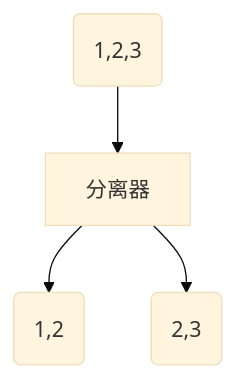
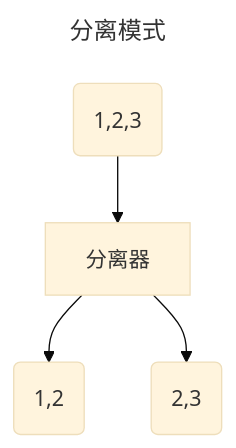
One commit to 0xcaffebabe/note changed the fourth of 17 diagrams in doc/数据技术/数据处理.md. Above: the diagram before and after it, drawn with Mermaid (base theme). The commit also changed other lines of this file, not shown here.

````diff
--- a/doc/数据技术/数据处理.md
+++ b/doc/数据技术/数据处理.md
@@ -76,6 +76,9 @@
 ```mermaid
+---
+title: 分离模式
+---
 flowchart
   数据集(1,2,3) --> 分离器
   分离器 --> 工作流1(1,2)
   分离器 --> 工作流2(2,3)
 ```
````
